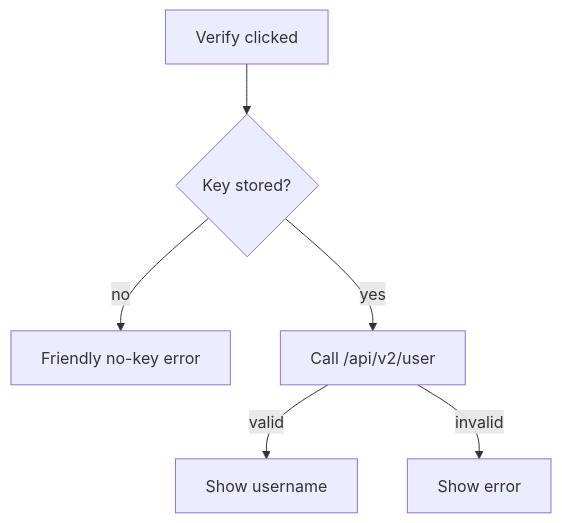
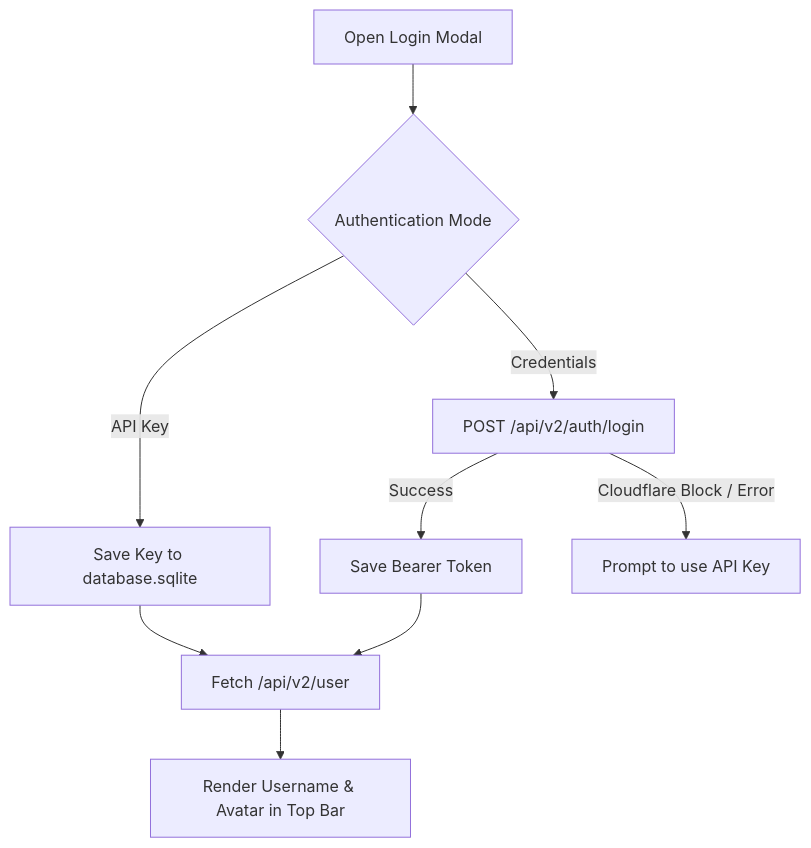
One commit to HELIX-Origin/NH-Reader changed the diagram in wiki/Settings-and-API-Key.md. Above: the diagram before and after it, drawn with Mermaid. The commit also changed other lines of this file and 107 other files, not shown here.

````diff
--- a/wiki/Settings-and-API-Key.md
+++ b/wiki/Settings-and-API-Key.md
@@ -32,8 +55,11 @@
 ```mermaid
 flowchart TD
-    A[Verify clicked] --> B{Key stored?}
-    B -->|"no"| C[Friendly no-key error]
-    B -->|"yes"| D[Call /api/v2/user]
-    D -->|"valid"| E[Show username]
-    D -->|"invalid"| F[Show error]
+    A[Open Login Modal] --> B{Authentication Mode}
+    B -->|API Key| C[Save Key to database.sqlite]
+    B -->|Credentials| D[POST /api/v2/auth/login]
+    D -->|Success| E[Save Bearer Token]
+    D -->|Cloudflare Block / Error| F[Prompt to use API Key]
+    C --> G[Fetch /api/v2/user]
+    E --> G
+    G --> H[Render Username & Avatar in Top Bar]
 ```
````
